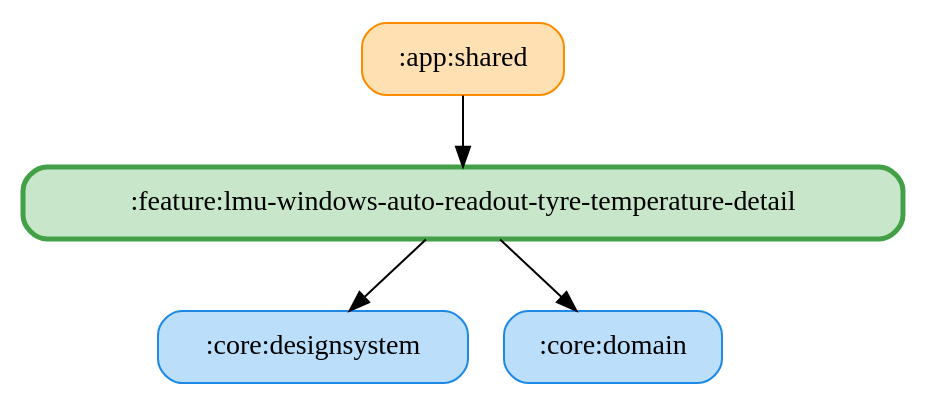
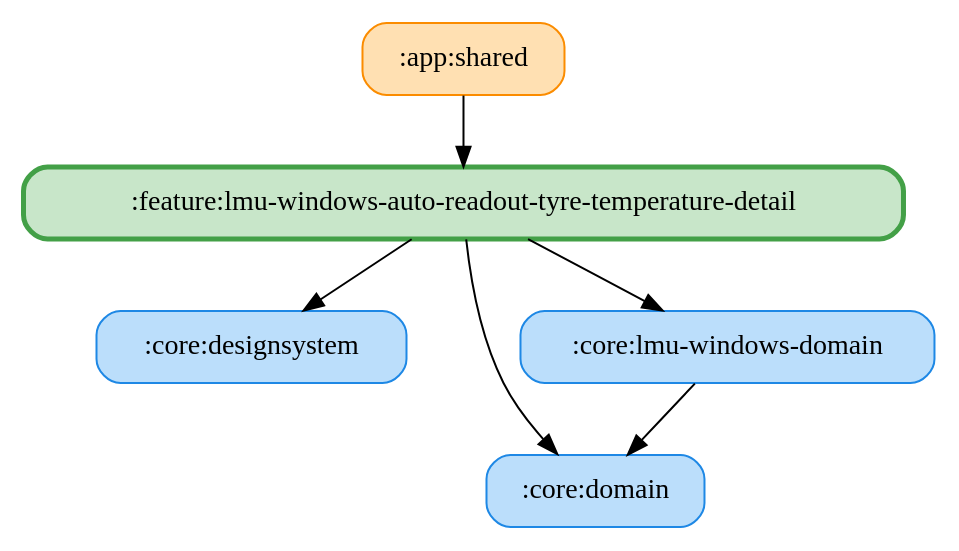
One commit to ai-kurou/KoDriver changed the diagram in docs/graphs/feature-lmu-windows-auto-readout-tyre-temperature-detail.gv. Above: the diagram before and after it, drawn with Graphviz. The commit also changed 46 other files, not shown here.

Commit message:
chore: update module graph images

```diff
--- a/docs/graphs/feature-lmu-windows-auto-readout-tyre-temperature-detail.gv
+++ b/docs/graphs/feature-lmu-windows-auto-readout-tyre-temperature-detail.gv
@@ -1,11 +1,14 @@
 digraph G {
   rankdir=TB
   node [shape=box, style="rounded,filled"]
   ":app:shared" [fillcolor="#FFE0B2", color="#FB8C00", penwidth=1]
   ":core:designsystem" [fillcolor="#BBDEFB", color="#1E88E5", penwidth=1]
   ":core:domain" [fillcolor="#BBDEFB", color="#1E88E5", penwidth=1]
+  ":core:lmu-windows-domain" [fillcolor="#BBDEFB", color="#1E88E5", penwidth=1]
   ":feature:lmu-windows-auto-readout-tyre-temperature-detail" [fillcolor="#C8E6C9", color="#43A047", penwidth=2.5]
   ":app:shared" -> ":feature:lmu-windows-auto-readout-tyre-temperature-detail"
+  ":core:lmu-windows-domain" -> ":core:domain"
   ":feature:lmu-windows-auto-readout-tyre-temperature-detail" -> ":core:domain"
+  ":feature:lmu-windows-auto-readout-tyre-temperature-detail" -> ":core:lmu-windows-domain"
   ":feature:lmu-windows-auto-readout-tyre-temperature-detail" -> ":core:designsystem"
 }
```
